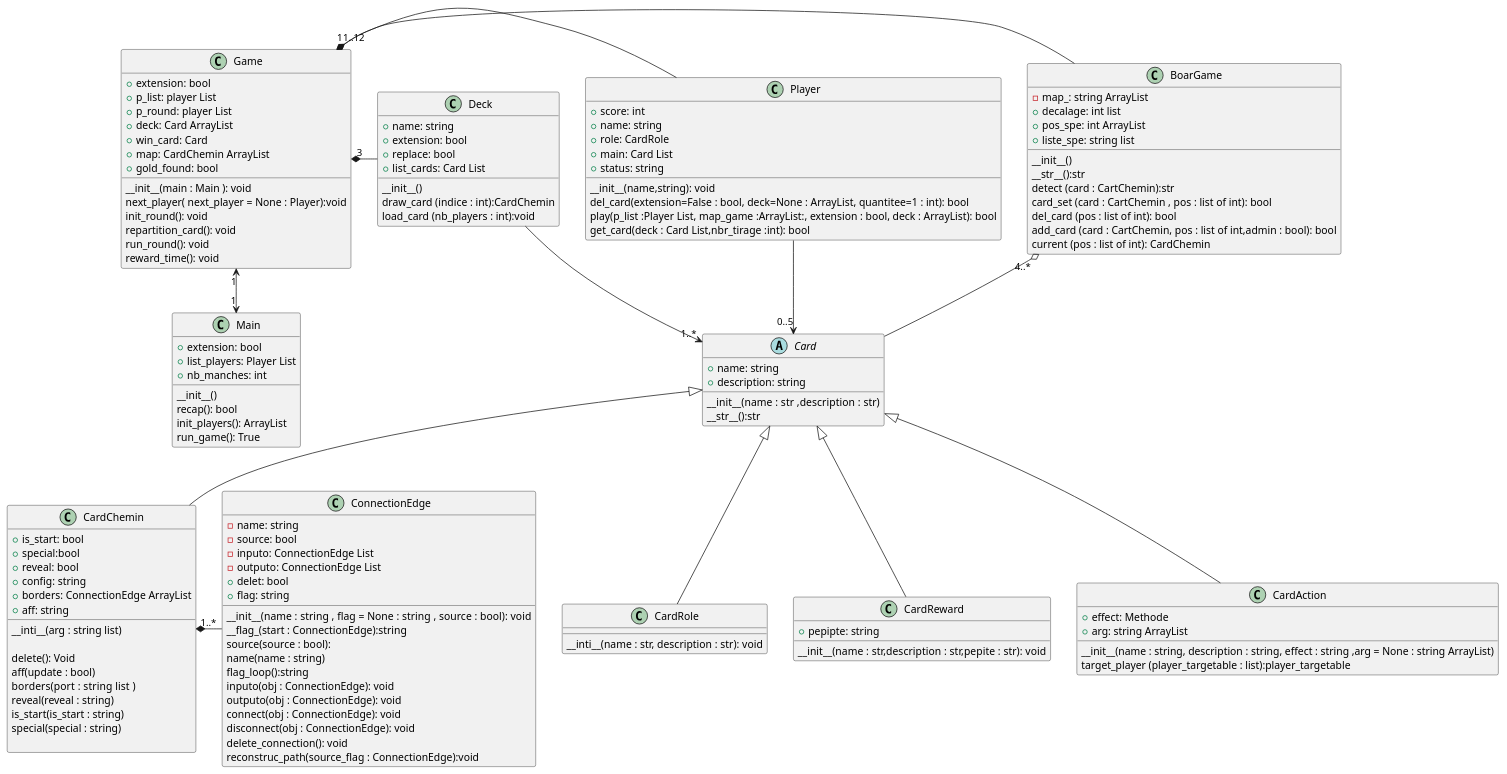
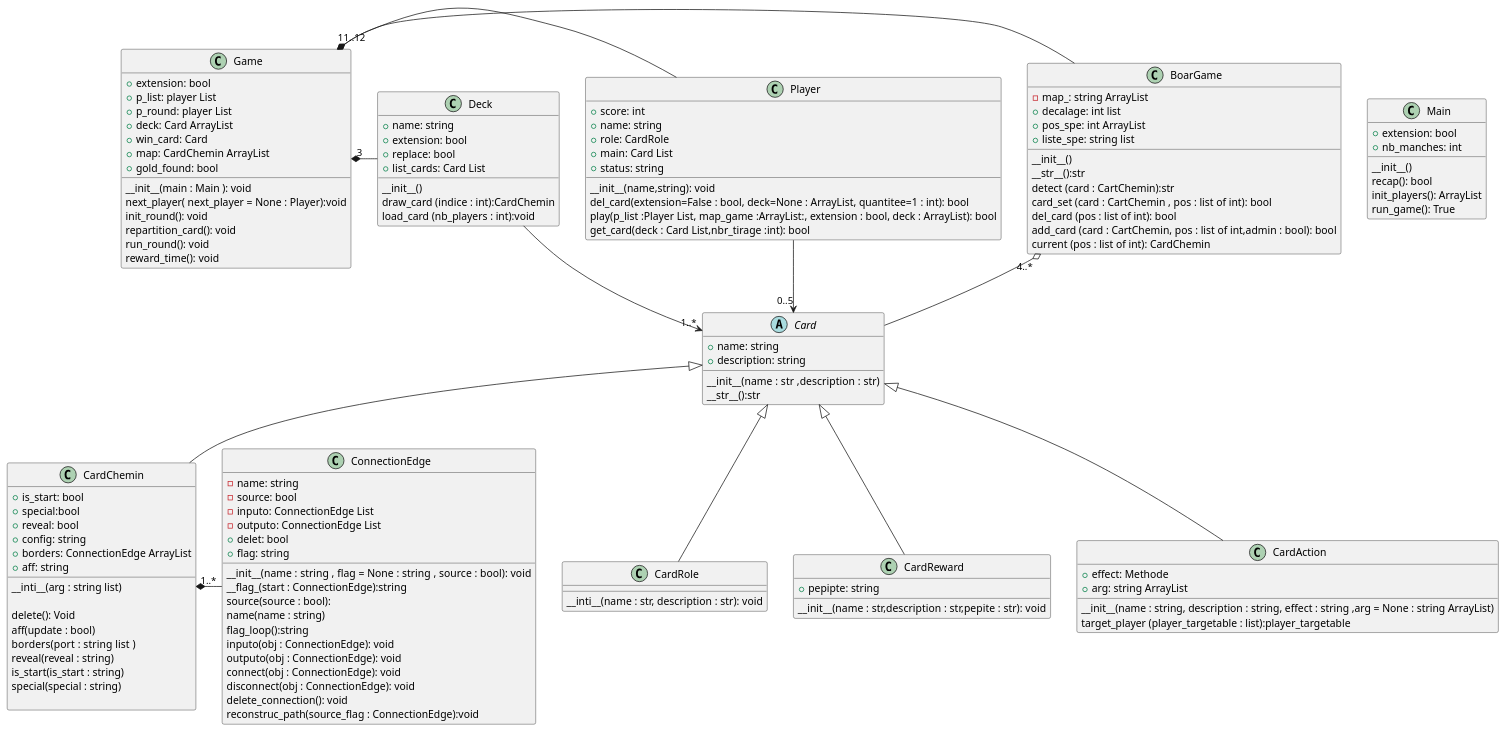
Before and after one commit to CocoLng/Kathon: the diagram in Saboteur.puml, drawn with PlantUML. The commit also changed 1 other file, not shown here.

```diff
--- a/Saboteur.puml
+++ b/Saboteur.puml
@@ -1,160 +1,159 @@
 @startuml
 'https://plantuml.com/class-diagram
 class Main {
 +extension: bool
-+list_players: Player List
 +nb_manches: int
 __
 __init__()
 recap(): bool
 init_players(): ArrayList
 run_game(): True
 }
 
-Game "1" <-->  "1" Main
+
 
 class Game{
 +extension: bool
 +p_list: player List
 +p_round: player List
 +deck: Card ArrayList
 +win_card: Card
 +map: CardChemin ArrayList
 +gold_found: bool
 __
 __init__(main : Main ): void
 next_player( next_player = None : Player):void
 init_round(): void
 repartition_card(): void
 run_round(): void
 reward_time(): void
 }
 
 Game"1" *- BoarGame
 Game"1..12" *- Player
 Game"3" *- Deck
 
 
 
 class BoarGame{
 -map_: string ArrayList
 +decalage: int list
 +pos_spe: int ArrayList
 +liste_spe: string list
 __
 __init__()
 __str__():str
 detect (card : CartChemin):str
 card_set (card : CartChemin , pos : list of int): bool
 del_card (pos : list of int): bool
 add_card (card : CartChemin, pos : list of int,admin : bool): bool
 current (pos : list of int): CardChemin
 }
 BoarGame "4..*" o-- Card
 
 class Player{
 +score: int
 +name: string
 +role: CardRole
 +main: Card List
 +status: string
 __
 __init__(name,string): void
 del_card(extension=False : bool, deck=None : ArrayList, quantitee=1 : int): bool
 play(p_list :Player List, map_game :ArrayList:, extension : bool, deck : ArrayList): bool
 get_card(deck : Card List,nbr_tirage :int): bool
 }
 Player --> "0..5" Card
 
 
 class Deck{
 +name: string
 +extension: bool
 +replace: bool
 +list_cards: Card List
 __
 __init__()
 draw_card (indice : int):CardChemin
 load_card (nb_players : int):void
 }
 Deck --> "1..*" Card
 
 
 
 abstract class Card{
 +name: string
 +description: string
 __
 __init__(name :  str ,description : str)
 __str__():str
 }
 
 Card <|-- CardChemin
 Card <|-- CardRole
 Card <|-- CardReward
 Card <|-- CardAction
 
 class CardRole{
 __
 __inti__(name : str, description : str): void
 }
 
 class CardReward{
 +pepipte: string
 __
 __init__(name : str,description : str,pepite : str): void
 }
 
 class CardAction{
 +effect: Methode
 +arg: string ArrayList
 __
 __init__(name : string, description : string, effect : string ,arg = None : string ArrayList)
 target_player (player_targetable : list):player_targetable
 }
 
 
 
 class CardChemin{
 +is_start: bool
 +special:bool
 +reveal: bool
 +config: string
 +borders: ConnectionEdge ArrayList
 +aff: string
 __
 __inti__(arg : string list)
 
 delete(): Void
 aff(update : bool)
 borders(port : string list  )
 reveal(reveal : string)
 is_start(is_start : string)
 special(special : string)
 
 }
 CardChemin"1..*" *- ConnectionEdge
 
 
 
 class ConnectionEdge{
 -name: string
 -source: bool
 -inputo: ConnectionEdge List
 -outputo: ConnectionEdge List
 +delet: bool
 +flag: string
 __
 __init__(name :  string , flag = None : string , source : bool): void
 __flag_(start : ConnectionEdge):string
 source(source : bool):
 name(name : string)
 flag_loop():string
 inputo(obj : ConnectionEdge): void
 outputo(obj : ConnectionEdge): void
 connect(obj : ConnectionEdge): void
 disconnect(obj : ConnectionEdge): void
 delete_connection(): void
 reconstruc_path(source_flag : ConnectionEdge):void
 }
 @enduml
```
